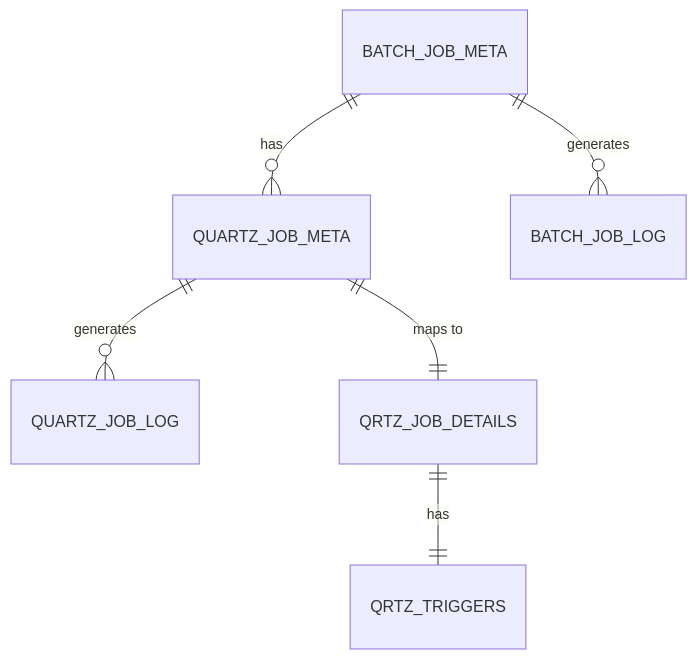
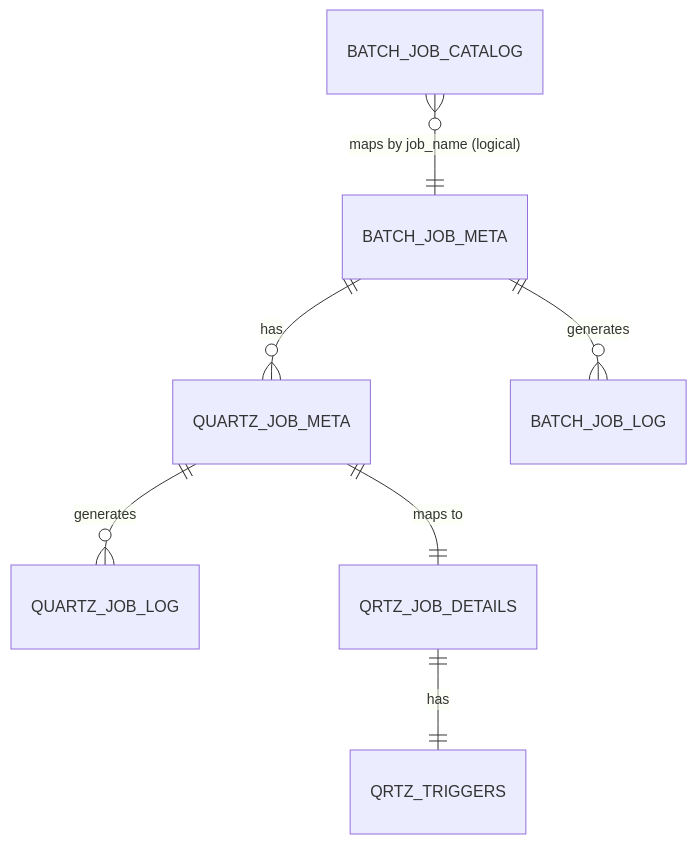
Before and after one commit to devHjlee/QuartzBatchControl: the first of 2 diagrams in README.md, drawn with Mermaid. The commit also changed other lines of this file and 3 other files, not shown here.

````diff
--- a/README.md
+++ b/README.md
@@ -125,8 +165,9 @@
 ```mermaid
 erDiagram
     BATCH_JOB_META ||--o{ QUARTZ_JOB_META : "has"
     BATCH_JOB_META ||--o{ BATCH_JOB_LOG : "generates"
     QUARTZ_JOB_META ||--o{ QUARTZ_JOB_LOG : "generates"
     QRTZ_JOB_DETAILS ||--|| QRTZ_TRIGGERS : "has"
     QUARTZ_JOB_META ||--|| QRTZ_JOB_DETAILS : "maps to"
+    BATCH_JOB_CATALOG }o--|| BATCH_JOB_META : "maps by job_name (logical)"
 ```
````
